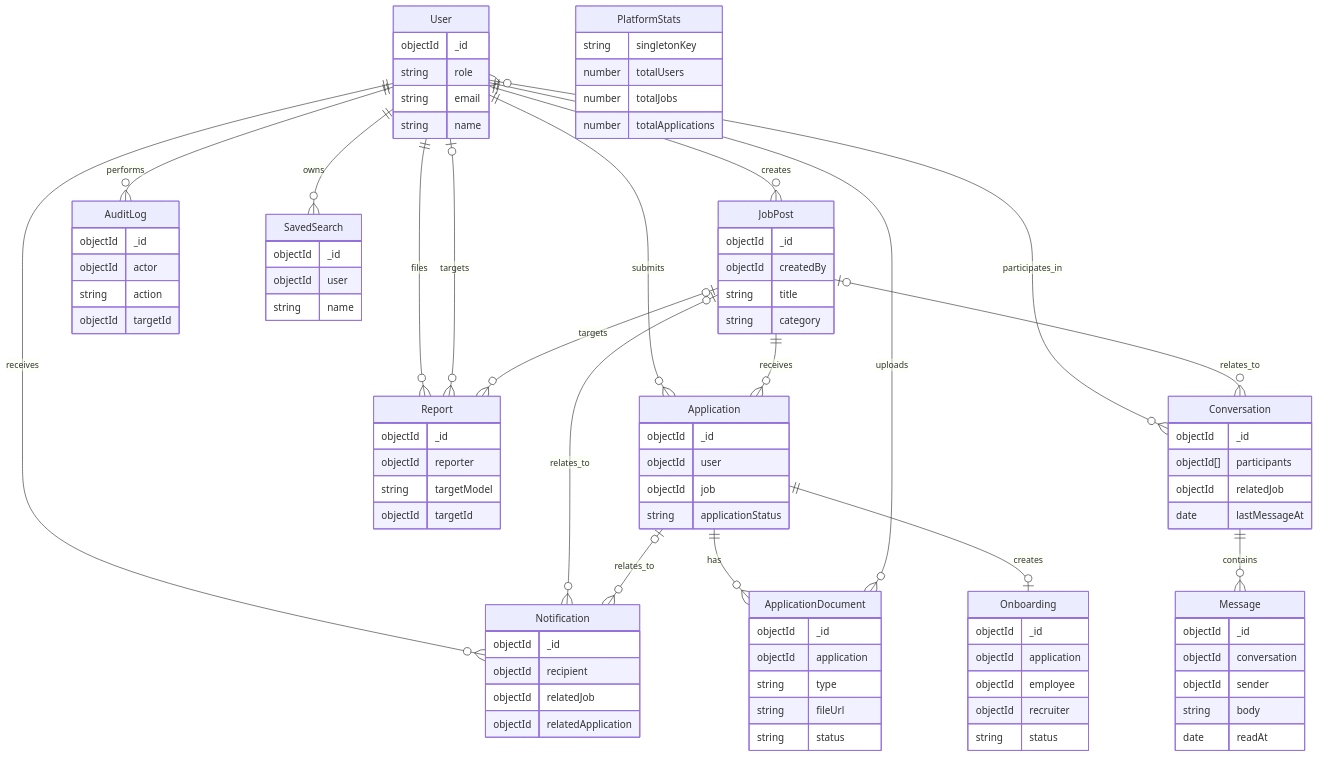
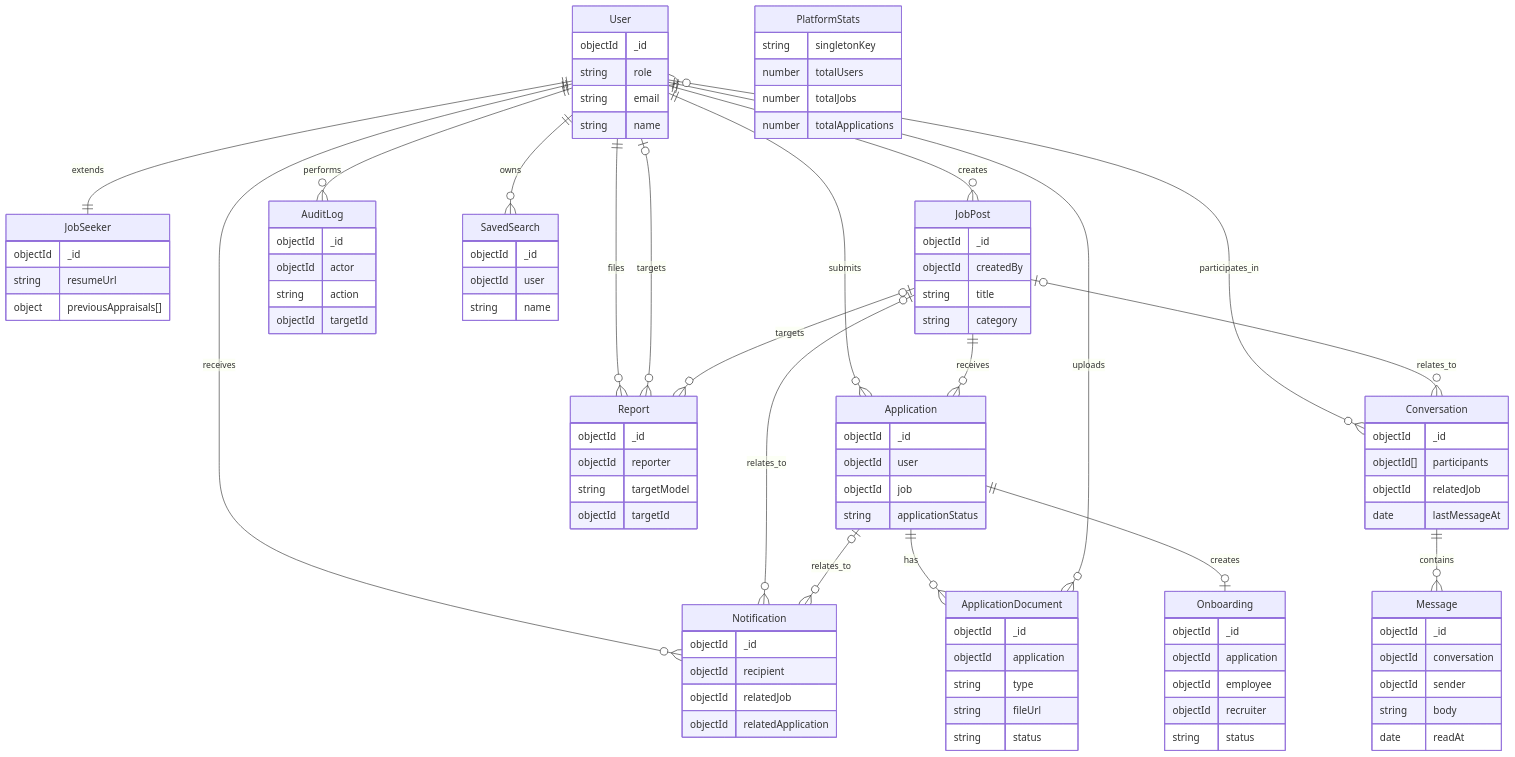
Before and after one commit to vaector/GiuNexusRecruiter: the diagram in docs/SCHEMA_DIAGRAM.md, drawn with Mermaid. The commit also changed 4 other files, not shown here.

````diff
--- a/docs/SCHEMA_DIAGRAM.md
+++ b/docs/SCHEMA_DIAGRAM.md
@@ -1,5 +1,6 @@
 ```mermaid
 erDiagram
+    User ||--|| JobSeeker : extends
     User ||--o{ JobPost : creates
     User ||--o{ Application : submits
     JobPost ||--o{ Application : receives
@@ -26,6 +27,12 @@
         string role
         string email
         string name
+    }
+
+    JobSeeker {
+        objectId _id
+        string resumeUrl
+        object previousAppraisals[]
     }
 
     JobPost {
````
